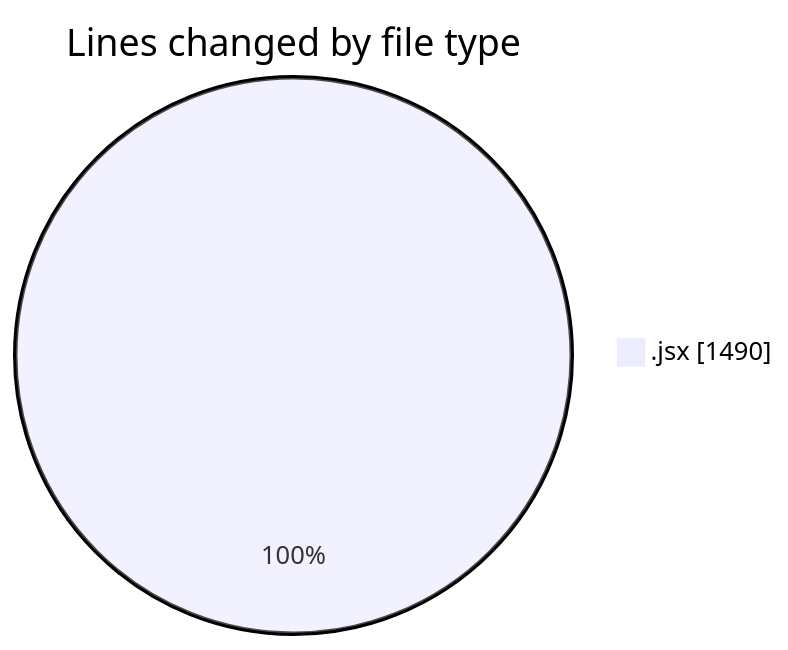
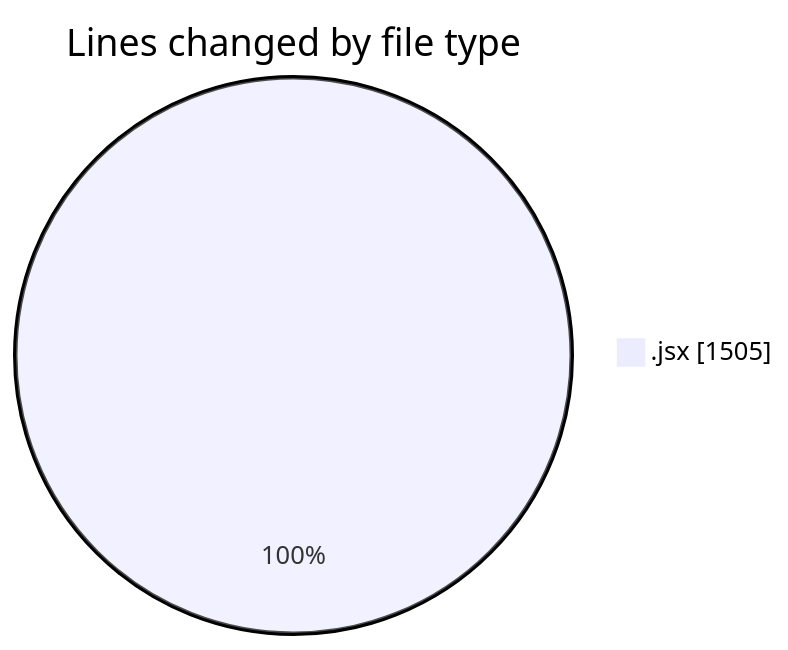
One commit to nxtqubesakshisongat/code-tracking changed the first of 2 diagrams in 2025-08-22/nxtqube_webapp/README.md. Above: the diagram before and after it, drawn with Mermaid. The commit also changed other lines of this file and 1 other file, not shown here.

````diff
--- a/2025-08-22/nxtqube_webapp/README.md
+++ b/2025-08-22/nxtqube_webapp/README.md
@@ -20,5 +20,5 @@
 ```mermaid
 pie showData
 title Lines changed by file type
-".jsx" : 1490
+".jsx" : 1505
 ```
````
